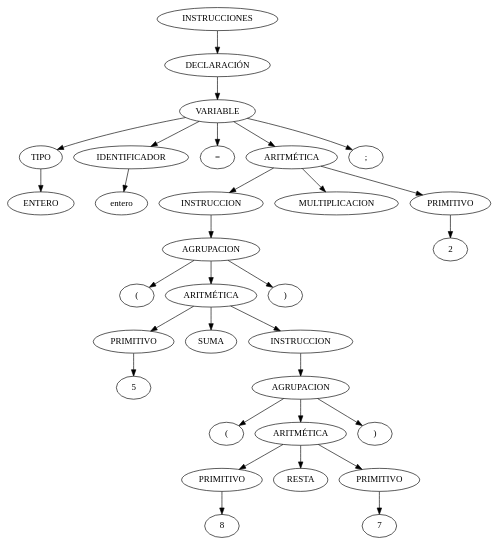
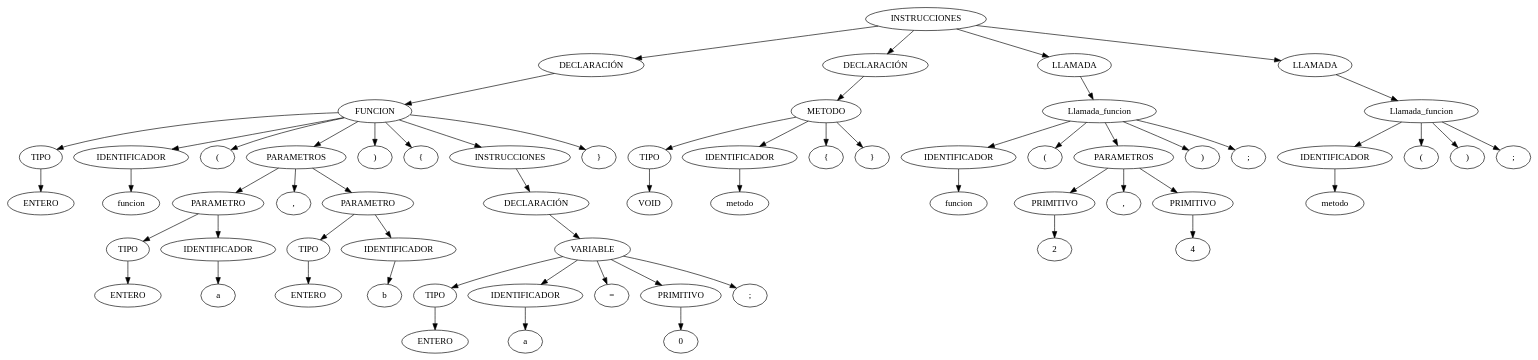
Before and after one commit to Jodyannre/-OLC1-Proyecto2-201115018: the diagram in arbol.dot, drawn with Graphviz. The commit also changed 10 other files, not shown here.

```diff
--- a/arbol.dot
+++ b/arbol.dot
@@ -1,63 +1,125 @@
 digraph {
 n0[label="INSTRUCCIONES"];
 n1[label="DECLARACIÓN"];
 n0->n1;
-n2[label="VARIABLE"];
+n2[label="FUNCION"];
 n1->n2;
 n3[label="TIPO"];
 n2->n3;
 n4[label="ENTERO"];
 n3->n4;
 n5[label="IDENTIFICADOR"];
 n2->n5;
-n6[label="entero"];
+n6[label="funcion"];
 n5->n6;
-n7[label="="];
+n7[label="("];
 n2->n7;
-n8[label="ARITMÉTICA"];
+n8[label="PARAMETROS"];
 n2->n8;
-n9[label="INSTRUCCION"];
+n9[label="PARAMETRO"];
 n8->n9;
-n10[label="AGRUPACION"];
+n10[label="TIPO"];
 n9->n10;
-n11[label="("];
+n11[label="ENTERO"];
 n10->n11;
-n12[label="ARITMÉTICA"];
-n10->n12;
-n13[label="PRIMITIVO"];
+n12[label="IDENTIFICADOR"];
+n9->n12;
+n13[label="a"];
 n12->n13;
-n14[label="5"];
-n13->n14;
-n15[label="SUMA"];
-n12->n15;
-n16[label="INSTRUCCION"];
-n12->n16;
-n17[label="AGRUPACION"];
+n14[label=","];
+n8->n14;
+n15[label="PARAMETRO"];
+n8->n15;
+n16[label="TIPO"];
+n15->n16;
+n17[label="ENTERO"];
 n16->n17;
-n18[label="("];
-n17->n18;
-n19[label="ARITMÉTICA"];
-n17->n19;
-n20[label="PRIMITIVO"];
-n19->n20;
-n21[label="8"];
-n20->n21;
-n22[label="RESTA"];
-n19->n22;
-n23[label="PRIMITIVO"];
-n19->n23;
-n24[label="7"];
+n18[label="IDENTIFICADOR"];
+n15->n18;
+n19[label="b"];
+n18->n19;
+n20[label=")"];
+n2->n20;
+n21[label="{"];
+n2->n21;
+n22[label="INSTRUCCIONES"];
+n2->n22;
+n23[label="DECLARACIÓN"];
+n22->n23;
+n24[label="VARIABLE"];
 n23->n24;
-n25[label=")"];
-n17->n25;
-n26[label=")"];
-n10->n26;
-n27[label="MULTIPLICACION"];
-n8->n27;
-n28[label="PRIMITIVO"];
-n8->n28;
-n29[label="2"];
-n28->n29;
-n30[label=";"];
-n2->n30;
+n25[label="TIPO"];
+n24->n25;
+n26[label="ENTERO"];
+n25->n26;
+n27[label="IDENTIFICADOR"];
+n24->n27;
+n28[label="a"];
+n27->n28;
+n29[label="="];
+n24->n29;
+n30[label="PRIMITIVO"];
+n24->n30;
+n31[label="0"];
+n30->n31;
+n32[label=";"];
+n24->n32;
+n33[label="}"];
+n2->n33;
+n34[label="DECLARACIÓN"];
+n0->n34;
+n35[label="METODO"];
+n34->n35;
+n36[label="TIPO"];
+n35->n36;
+n37[label="VOID"];
+n36->n37;
+n38[label="IDENTIFICADOR"];
+n35->n38;
+n39[label="metodo"];
+n38->n39;
+n40[label="{"];
+n35->n40;
+n41[label="}"];
+n35->n41;
+n42[label="LLAMADA"];
+n0->n42;
+n43[label="Llamada_funcion"];
+n42->n43;
+n44[label="IDENTIFICADOR"];
+n43->n44;
+n45[label="funcion"];
+n44->n45;
+n46[label="("];
+n43->n46;
+n47[label="PARAMETROS"];
+n43->n47;
+n48[label="PRIMITIVO"];
+n47->n48;
+n49[label="2"];
+n48->n49;
+n50[label=","];
+n47->n50;
+n51[label="PRIMITIVO"];
+n47->n51;
+n52[label="4"];
+n51->n52;
+n53[label=")"];
+n43->n53;
+n54[label=";"];
+n43->n54;
+n55[label="LLAMADA"];
+n0->n55;
+n56[label="Llamada_funcion"];
+n55->n56;
+n57[label="IDENTIFICADOR"];
+n56->n57;
+n58[label="metodo"];
+n57->n58;
+n59[label="("];
+n56->n59;
+n60[label=")"];
+n56->n60;
+n61[label=";"];
+n56->n61;
 }
```
